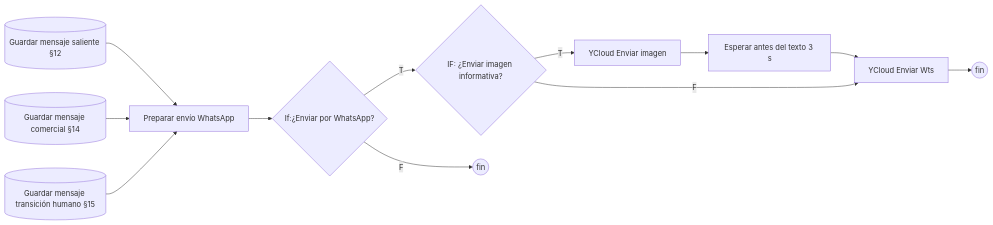
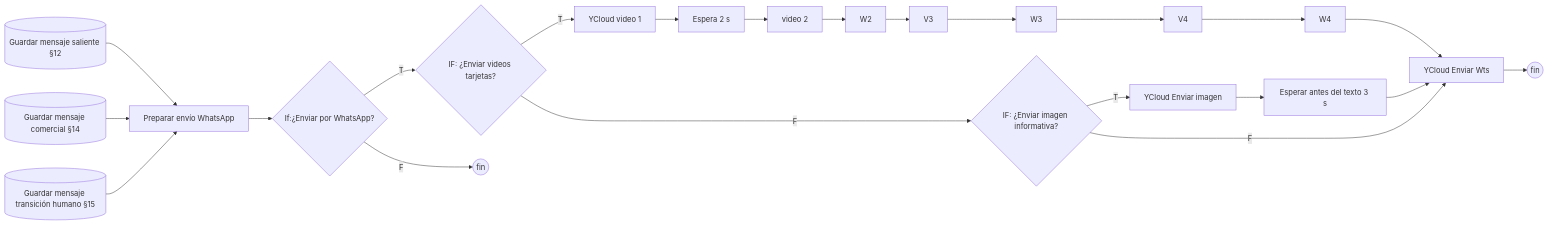
One commit to Theborycuas/pegaso-n8n changed diagram 15 of 15 in docs/FLUJO-WORKFLOW-PEGASO.md. Above: the diagram before and after it, drawn with Mermaid. The commit also changed other lines of this file and 14 other files, not shown here.

````diff
--- a/docs/FLUJO-WORKFLOW-PEGASO.md
+++ b/docs/FLUJO-WORKFLOW-PEGASO.md
@@ -551,12 +552,14 @@
 ```mermaid
 flowchart LR
     GMS[(Guardar mensaje saliente §12)] --> PEW[Preparar envío WhatsApp]
     GMC[(Guardar mensaje comercial §14)] --> PEW
     GMT[(Guardar mensaje transición humano §15)] --> PEW
     PEW --> EW{If:¿Enviar por WhatsApp?}
-    EW -->|T| EI{IF: ¿Enviar imagen informativa?}
-    EI -->|T| YI[YCloud Enviar imagen] --> ESP[Esperar antes del texto 3 s] --> YS[YCloud Enviar Wts]
+    EW -->|T| EV{IF: ¿Enviar videos tarjetas?}
+    EV -->|T| V1[YCloud video 1] --> W1[Espera 2 s] --> V2[video 2] --> W2 --> V3 --> W3 --> V4 --> W4 --> YS[YCloud Enviar Wts]
+    EV -->|F| EI{IF: ¿Enviar imagen informativa?}
+    EI -->|T| YI[YCloud Enviar imagen] --> ESP[Esperar antes del texto 3 s] --> YS
     EI -->|F| YS
     YS --> F1((fin))
     EW -->|F| F2((fin))
 ```
````
